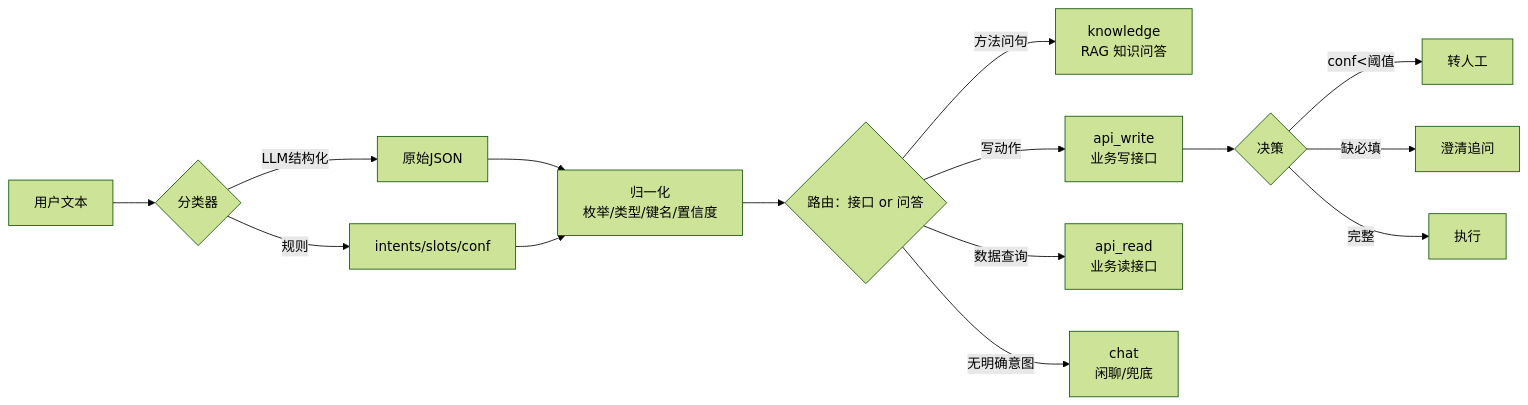
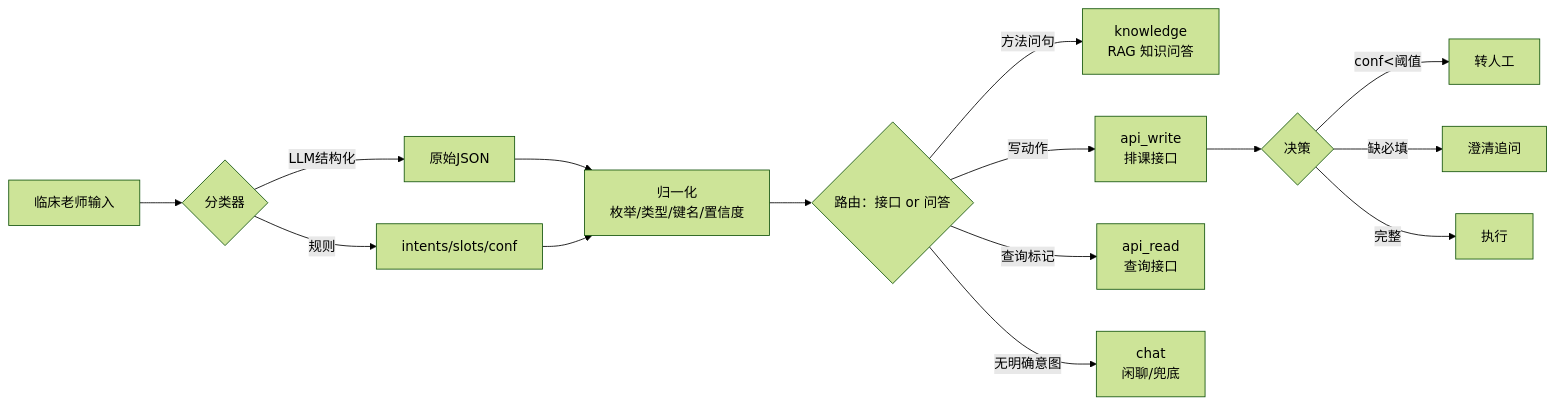
One commit to jsjchai/agent-lab changed the diagram in docs/02-prompt-context/01-intent-recognition.md. Above: the diagram before and after it, drawn with Mermaid (forest theme). The commit also changed other lines of this file and 5 other files, not shown here.

First line of the commit message:
refactor(02): 意图识别与40参案例改为医教领域

````diff
--- a/docs/02-prompt-context/01-intent-recognition.md
+++ b/docs/02-prompt-context/01-intent-recognition.md
@@ -92,17 +92,17 @@
 ```mermaid
 flowchart LR
-    U["用户文本"] --> C{"分类器"}
+    U["临床老师输入"] --> C{"分类器"}
     C -->|规则| R["intents/slots/conf"]
     C -->|LLM结构化| L["原始JSON"]
     L --> N["归一化<br/>枚举/类型/键名/置信度"]
     R --> N
     N --> RT{"路由：接口 or 问答"}
     RT -->|"方法问句"| K["knowledge<br/>RAG 知识问答"]
-    RT -->|"写动作"| W["api_write<br/>业务写接口"]
-    RT -->|"数据查询"| RD["api_read<br/>业务读接口"]
+    RT -->|"写动作"| W["api_write<br/>排课接口"]
+    RT -->|"查询标记"| RD["api_read<br/>查询接口"]
     RT -->|"无明确意图"| CH["chat<br/>闲聊/兜底"]
     W --> D{"决策"}
     D -->|conf<阈值| H["转人工"]
     D -->|缺必填| Q["澄清追问"]
     D -->|完整| E["执行"]
 ```
````
